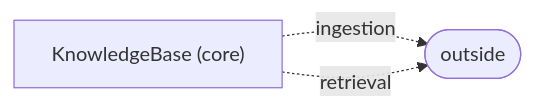
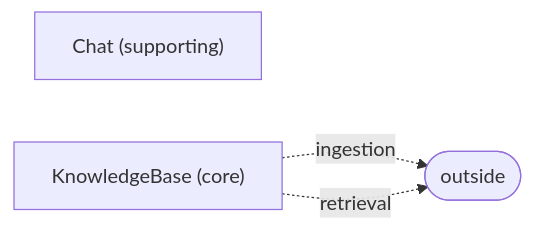
The diagram in specification/projections/context-map.mmd (zig999/remember), drawn with Mermaid before and after one commit. The commit also changed 76 other files, not shown here.

```diff
--- a/specification/projections/context-map.mmd
+++ b/specification/projections/context-map.mmd
@@ -1,5 +1,7 @@
 flowchart LR
+    chat["Chat (supporting)"]
     knowledge_base["KnowledgeBase (core)"]
     outside(["outside"])
     knowledge_base -.->|ingestion| outside
     knowledge_base -.->|retrieval| outside
+    %% separate ways: chat and knowledge-base share no contract and no model
```
